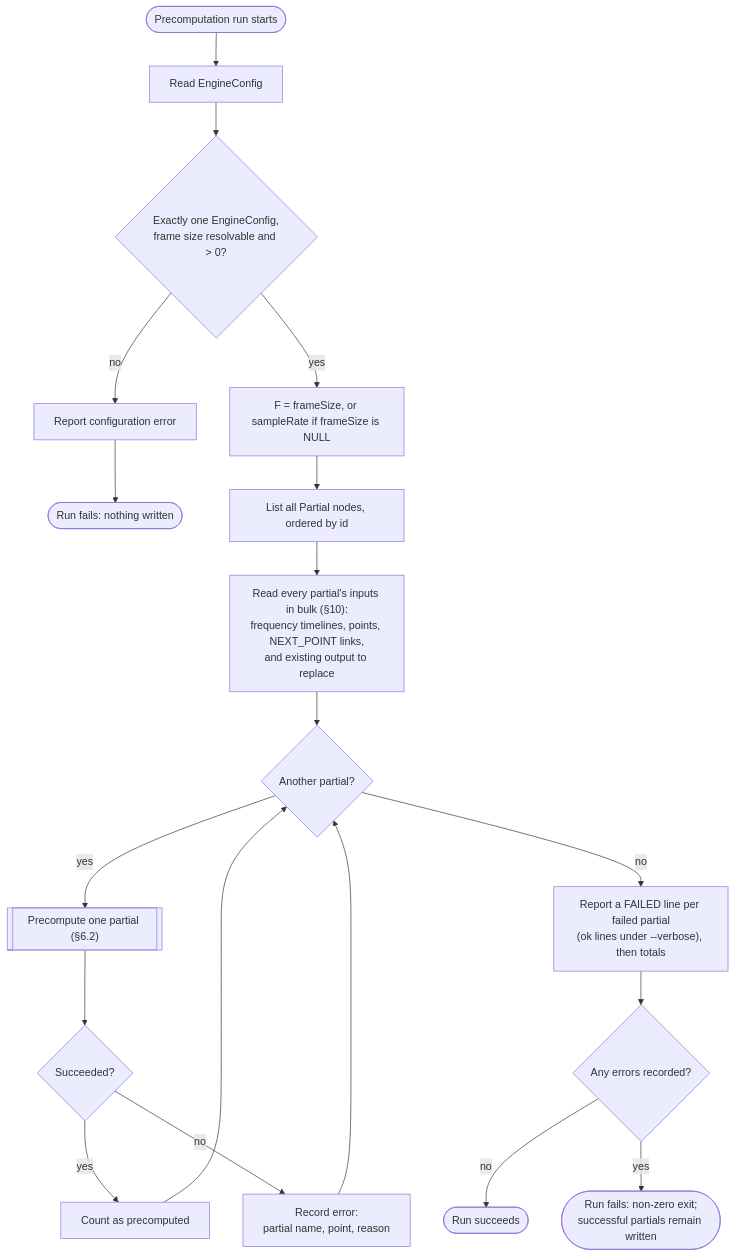
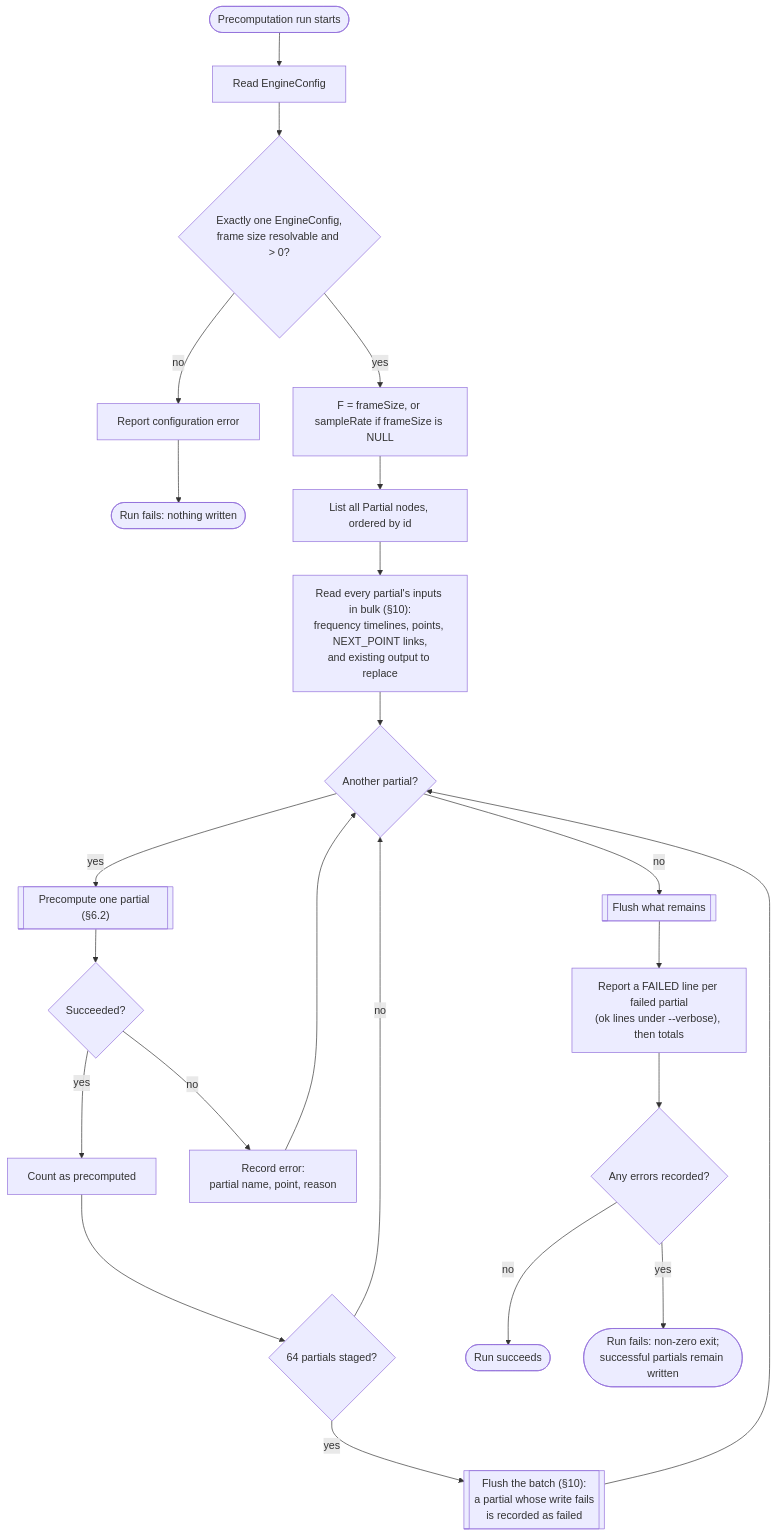
Before and after one commit to broadya/RAINBOHz: the second of 4 diagrams in rendering-engine/docs/precomputation.md, drawn with Mermaid. The commit also changed other lines of this file and 14 other files, not shown here.

````diff
--- a/rendering-engine/docs/precomputation.md
+++ b/rendering-engine/docs/precomputation.md
@@ -312,18 +314,20 @@
 ```mermaid
 flowchart TD
     start(["Precomputation run starts"]) --> cfg["Read EngineConfig"]
     cfg --> cfgOk{"Exactly one EngineConfig,<br/>frame size resolvable and > 0?"}
     cfgOk -- no --> fatal["Report configuration error"] --> failRun(["Run fails: nothing written"])
     cfgOk -- yes --> frameSize["F = frameSize, or sampleRate if frameSize is NULL"]
     frameSize --> list["List all Partial nodes, ordered by id"]
     list --> bulk["Read every partial's inputs in bulk (§10):<br/>frequency timelines, points, NEXT_POINT links,<br/>and existing output to replace"]
     bulk --> more{"Another partial?"}
     more -- yes --> one[["Precompute one partial (§6.2)"]]
     one --> ok{"Succeeded?"}
-    ok -- yes --> countOk["Count as precomputed"] --> more
+    ok -- yes --> countOk["Count as precomputed"] --> full{"64 partials staged?"}
+    full -- yes --> flush[["Flush the batch (§10):<br/>a partial whose write fails<br/>is recorded as failed"]] --> more
+    full -- no --> more
     ok -- no --> record["Record error:<br/>partial name, point, reason"] --> more
-    more -- no --> report["Report a FAILED line per failed partial<br/>(ok lines under --verbose), then totals"]
+    more -- no --> last[["Flush what remains"]] --> report["Report a FAILED line per failed partial<br/>(ok lines under --verbose), then totals"]
     report --> anyErr{"Any errors recorded?"}
     anyErr -- no --> exitOk(["Run succeeds"])
     anyErr -- yes --> exitErr(["Run fails: non-zero exit;<br/>successful partials remain written"])
 ```
````
